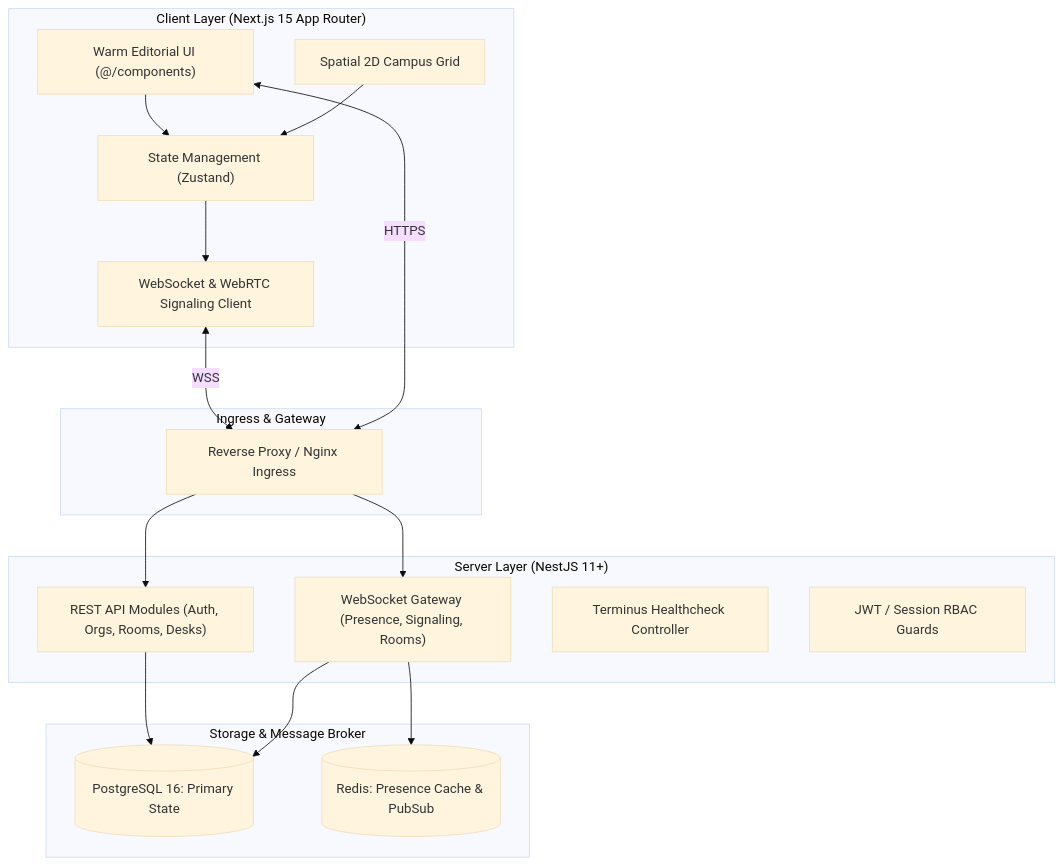
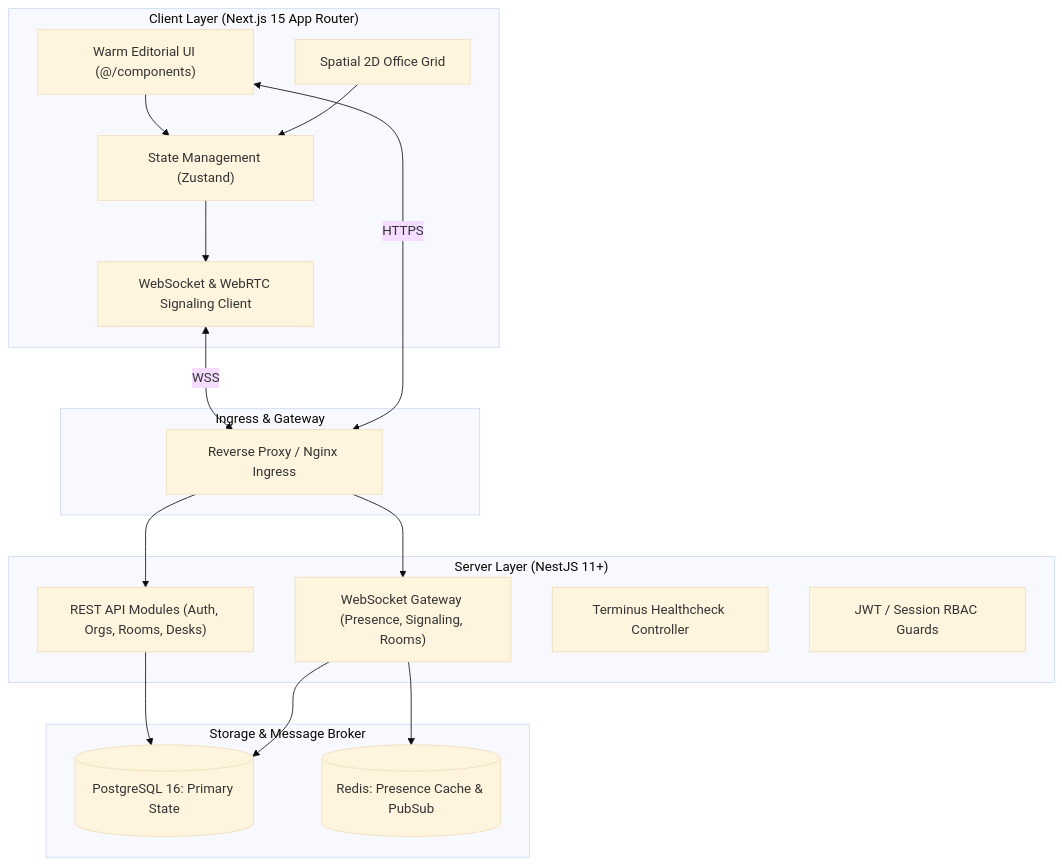
Before and after one commit to gtkrshnaaa/realnthq: the diagram in docs/ARCHITECTURE.md, drawn with Mermaid (base theme). The commit also changed other lines of this file and 3 other files, not shown here.

Commit message:
docs: replace campus terminology with headquarters across architectural specifications

````diff
--- a/docs/ARCHITECTURE.md
+++ b/docs/ARCHITECTURE.md
@@ -11,36 +11,36 @@
 ```mermaid
 flowchart TD
     subgraph Client Layer ["Client Layer (Next.js 15 App Router)"]
         UI["Warm Editorial UI (@/components)"]
-        Canvas["Spatial 2D Campus Grid"]
+        Canvas["Spatial 2D Office Grid"]
         Store["State Management (Zustand)"]
         SignalingClient["WebSocket & WebRTC Signaling Client"]
     end
 
     subgraph Gateway Layer ["Ingress & Gateway"]
         Nginx["Reverse Proxy / Nginx Ingress"]
     end
 
     subgraph Backend Layer ["Server Layer (NestJS 11+)"]
         API["REST API Modules (Auth, Orgs, Rooms, Desks)"]
         WS["WebSocket Gateway (Presence, Signaling, Rooms)"]
         Health["Terminus Healthcheck Controller"]
         AuthGuard["JWT / Session RBAC Guards"]
     end
 
     subgraph Data Layer ["Storage & Message Broker"]
         Postgres[(PostgreSQL 16: Primary State)]
         Redis[(Redis: Presence Cache & PubSub)]
     end
 
     UI --> Store
     Canvas --> Store
     Store --> SignalingClient
     SignalingClient <-->|WSS| Nginx
     UI <-->|HTTPS| Nginx
     Nginx --> API
     Nginx --> WS
     API --> Postgres
     WS --> Redis
     WS --> Postgres
 ```
````
